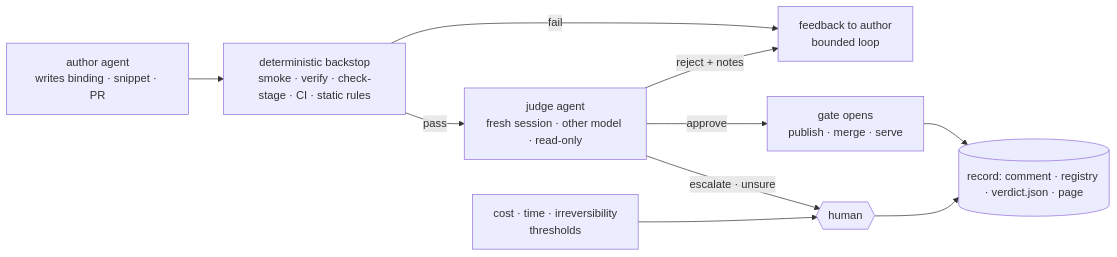
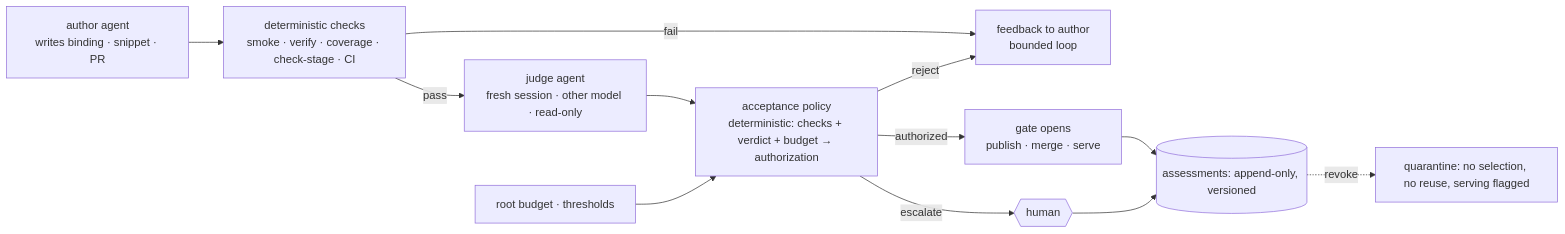
One commit to JaneliaSciComp/mia-workflows changed the diagram in docs/specs/2026-11-09-autonomous-gates.md. Above: the diagram before and after it, drawn with Mermaid. The commit also changed other lines of this file, not shown here.

Commit message:
docs(specs): autonomous gates v0.2: fix three invariants first, versioned assessments and authorization, revocation, root budgets, shadow mode before authority

````diff
--- a/docs/specs/2026-11-09-autonomous-gates.md
+++ b/docs/specs/2026-11-09-autonomous-gates.md
@@ -28,12 +37,14 @@
 ```mermaid
 flowchart LR
-  A[author agent<br/>writes binding · snippet · PR] --> D[deterministic backstop<br/>smoke · verify · check-stage · CI · static rules]
+  A[author agent<br/>writes binding · snippet · PR] --> D[deterministic checks<br/>smoke · verify · coverage · check-stage · CI]
   D -->|fail| F[feedback to author<br/>bounded loop]
   D -->|pass| J[judge agent<br/>fresh session · other model · read-only]
-  J -->|approve| G[gate opens<br/>publish · merge · serve]
-  J -->|reject + notes| F
-  J -->|escalate · unsure| H{{human}}
-  C[cost · time · irreversibility<br/>thresholds] --> H
-  G --> R[(record: comment · registry · verdict.json · page)]
+  J --> P[acceptance policy<br/>deterministic: checks + verdict + budget → authorization]
+  P -->|authorized| G[gate opens<br/>publish · merge · serve]
+  P -->|reject| F
+  P -->|escalate| H{{human}}
+  B[root budget · thresholds] --> P
+  G --> R[(assessments: append-only, versioned)]
   H --> R
+  R -.->|revoke| Q[quarantine: no selection, no reuse, serving flagged]
 ```
````
